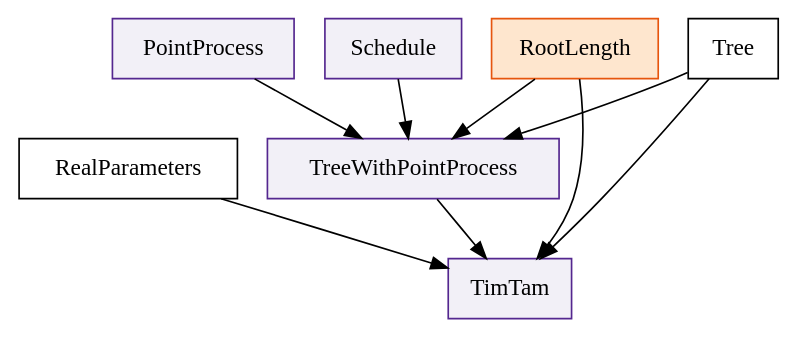
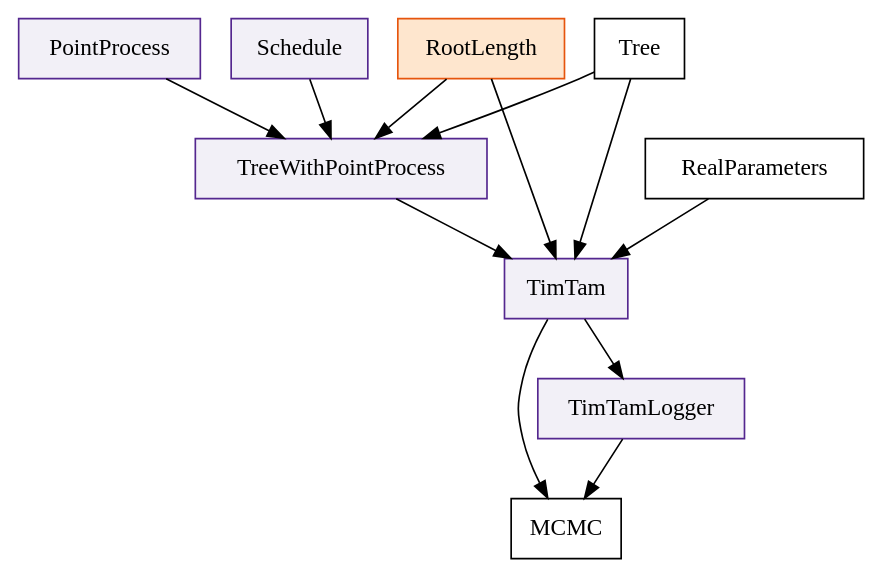
Before and after one commit to aezarebski/timtam2: the diagram in example-dag.dot, drawn with Graphviz. The commit also changed 11 other files, not shown here.

```diff
--- a/example-dag.dot
+++ b/example-dag.dot
@@ -1,33 +1,47 @@
+/*
+ Usage
+ -----
+ $ dot example-dag.dot -Tpng -o example-dag.png
+*/
 digraph G {
   TimTam [shape=box,
           style=filled,
           color="#54278f",
           fillcolor="#f2f0f7"];
-  RealParameters [shape=box];
+  TimTamLogger [shape=box,
+                style=filled,
+                color="#54278f",
+                fillcolor="#f2f0f7"];
   TreeWithPointProcess [shape=box,
                         style=filled,
                         color="#54278f",
                         fillcolor="#f2f0f7"];
   PointProcess [shape=box,
                 style=filled,
                 color="#54278f",
                 fillcolor="#f2f0f7"];
   Schedule [shape=box,
             style=filled,
             color="#54278f",
             fillcolor="#f2f0f7"];
   RootLength [shape=box,
               style=filled,
               color="#e6550d",
               fillcolor="#fee6ce"];
   Tree [shape=box];
+  RealParameters [shape=box];
+  MCMC [shape=box];
 
   RootLength -> TimTam;
   RootLength -> TreeWithPointProcess;
   PointProcess -> TreeWithPointProcess;
   Schedule -> TreeWithPointProcess;
   TreeWithPointProcess -> TimTam;
   RealParameters -> TimTam;
   Tree -> TreeWithPointProcess;
   Tree -> TimTam;
+  TimTam -> MCMC;
+
+  TimTam -> TimTamLogger;
+  TimTamLogger -> MCMC;
 }
```
